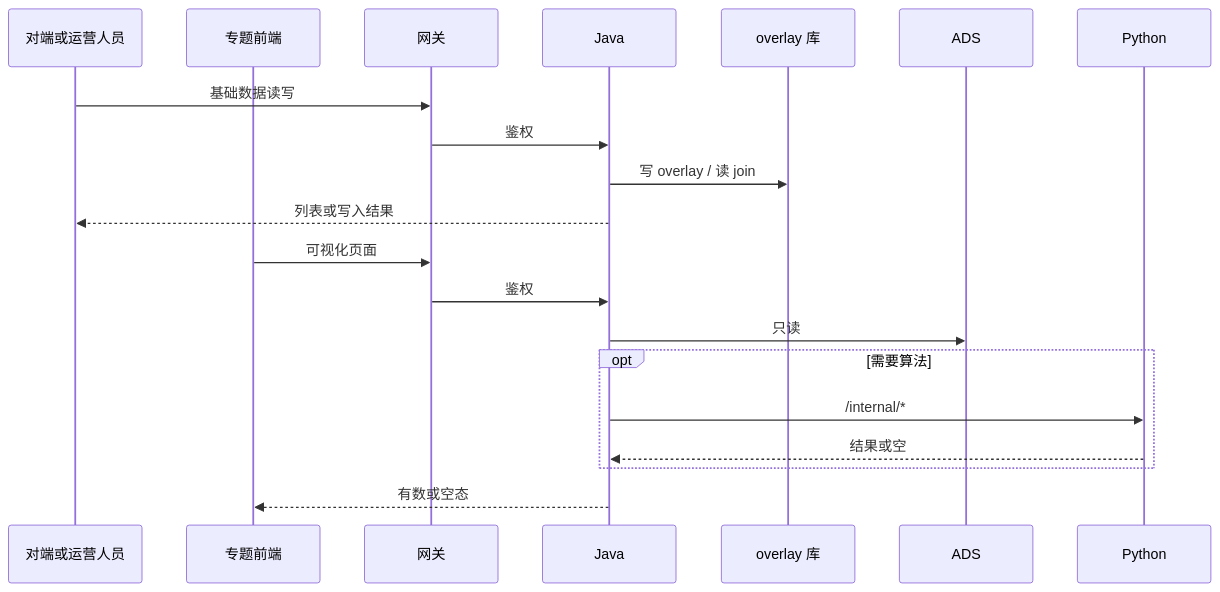
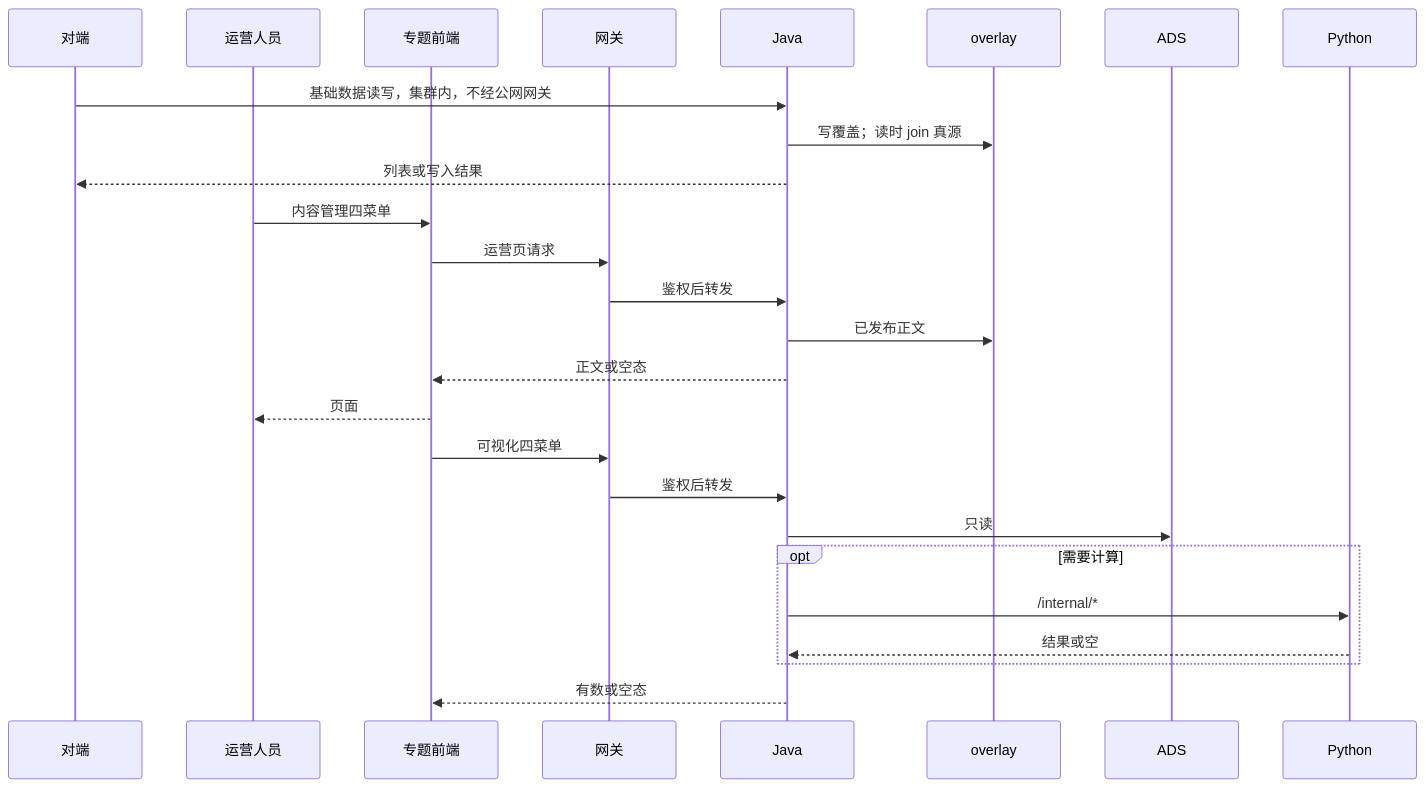
The first of 2 diagrams in agent-delivery/工程过程/04-系统集成/03-专题系统集成/技术方案.md (Marisolebxf/-), drawn with Mermaid before and after one commit. The commit also changed other lines of this file and 15 other files, not shown here.

````diff
--- a/agent-delivery/工程过程/04-系统集成/03-专题系统集成/技术方案.md
+++ b/agent-delivery/工程过程/04-系统集成/03-专题系统集成/技术方案.md
@@ -28,22 +91,28 @@
 ```mermaid
 sequenceDiagram
-  participant C as 对端或运营人员
+  participant Peer as 对端
+  participant Ops as 运营人员
   participant FE as 专题前端
   participant GW as 网关
   participant J as Java
-  participant OV as overlay 库
+  participant OV as overlay
   participant ADS as ADS
   participant PY as Python
-  C->>GW: 基础数据读写
-  GW->>J: 鉴权
-  J->>OV: 写 overlay / 读 join
-  J-->>C: 列表或写入结果
-  FE->>GW: 可视化页面
-  GW->>J: 鉴权
+  Peer->>J: 基础数据读写，集群内，不经公网网关
+  J->>OV: 写覆盖；读时 join 真源
+  J-->>Peer: 列表或写入结果
+  Ops->>FE: 内容管理四菜单
+  FE->>GW: 运营页请求
+  GW->>J: 鉴权后转发
+  J->>OV: 已发布正文
+  J-->>FE: 正文或空态
+  FE-->>Ops: 页面
+  FE->>GW: 可视化四菜单
+  GW->>J: 鉴权后转发
   J->>ADS: 只读
-  opt 需要算法
+  opt 需要计算
     J->>PY: /internal/*
     PY-->>J: 结果或空
   end
   J-->>FE: 有数或空态
 ```
````
